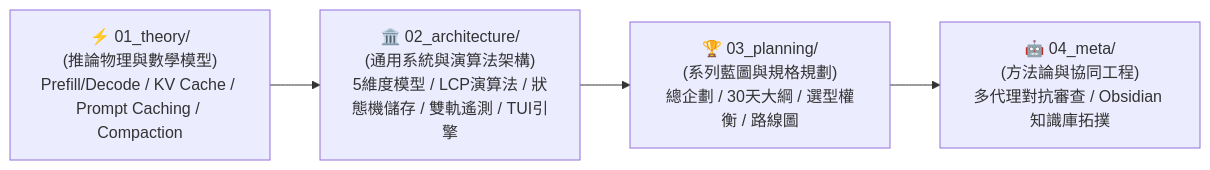
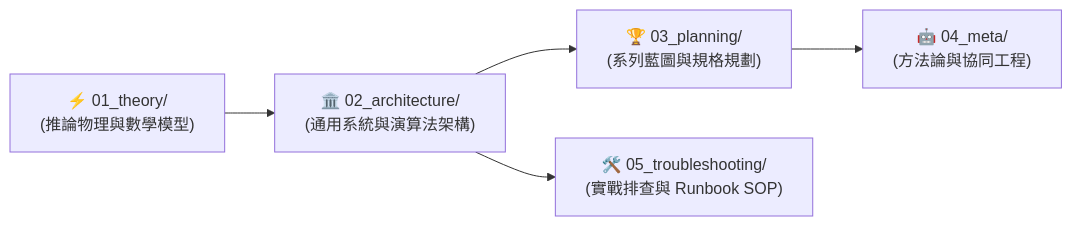
Before and after one commit to daniel-yang1739/Hemidall: the diagram in docs/02_wiki/index.md, drawn with Mermaid. The commit also changed other lines of this file and 24 other files, not shown here.

````diff
--- a/docs/02_wiki/index.md
+++ b/docs/02_wiki/index.md
@@ -56,6 +63,7 @@
 ```mermaid
 flowchart LR
-    M1["⚡ 01_theory/<br/>(推論物理與數學模型)<br/>Prefill/Decode / KV Cache / Prompt Caching / Compaction"] --> M2["🏛️ 02_architecture/<br/>(通用系統與演算法架構)<br/>5維度模型 / LCP演算法 / 狀態機儲存 / 雙軌遙測 / TUI引擎"]
-    M2 --> M3["🏆 03_planning/<br/>(系列藍圖與規格規劃)<br/>總企劃 / 30天大綱 / 選型權衡 / 路線圖"]
-    M3 --> M4["🤖 04_meta/<br/>(方法論與協同工程)<br/>多代理對抗審查 / Obsidian 知識庫拓撲"]
+    M1["⚡ 01_theory/<br/>(推論物理與數學模型)"] --> M2["🏛️ 02_architecture/<br/>(通用系統與演算法架構)"]
+    M2 --> M3["🏆 03_planning/<br/>(系列藍圖與規格規劃)"]
+    M3 --> M4["🤖 04_meta/<br/>(方法論與協同工程)"]
+    M2 --> M5["🛠️ 05_troubleshooting/<br/>(實戰排查與 Runbook SOP)"]
 ```
````
